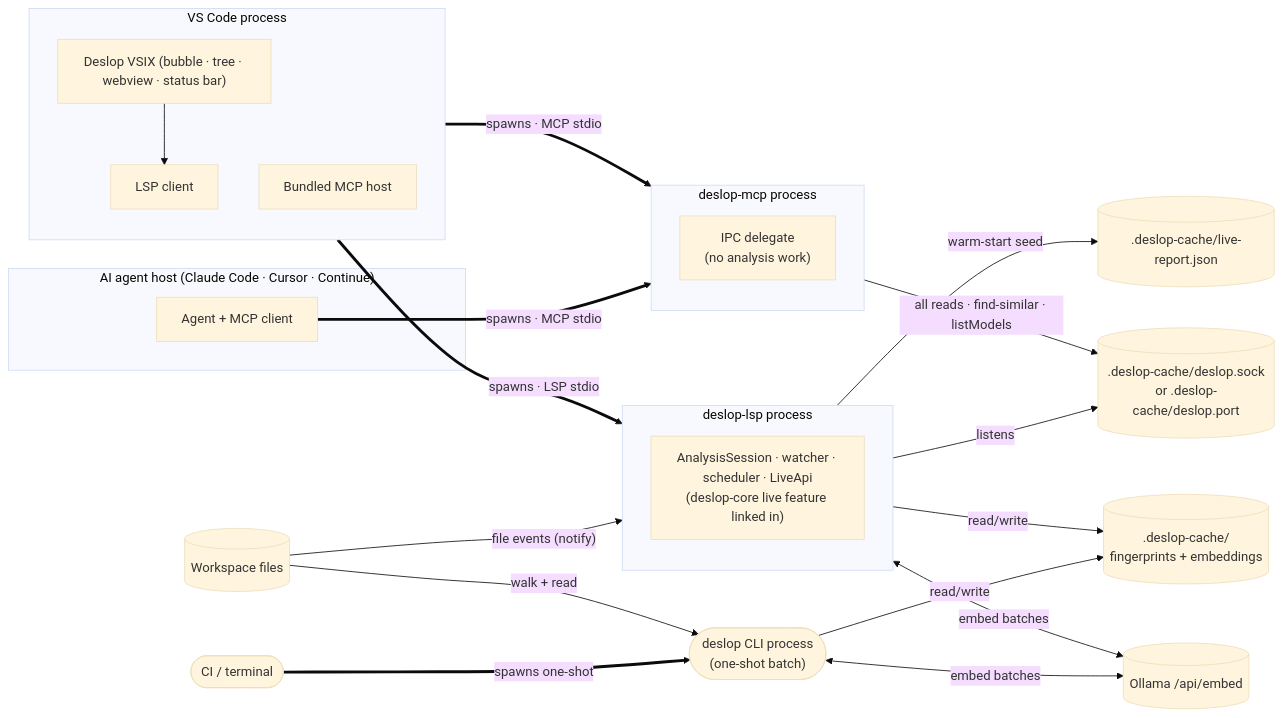
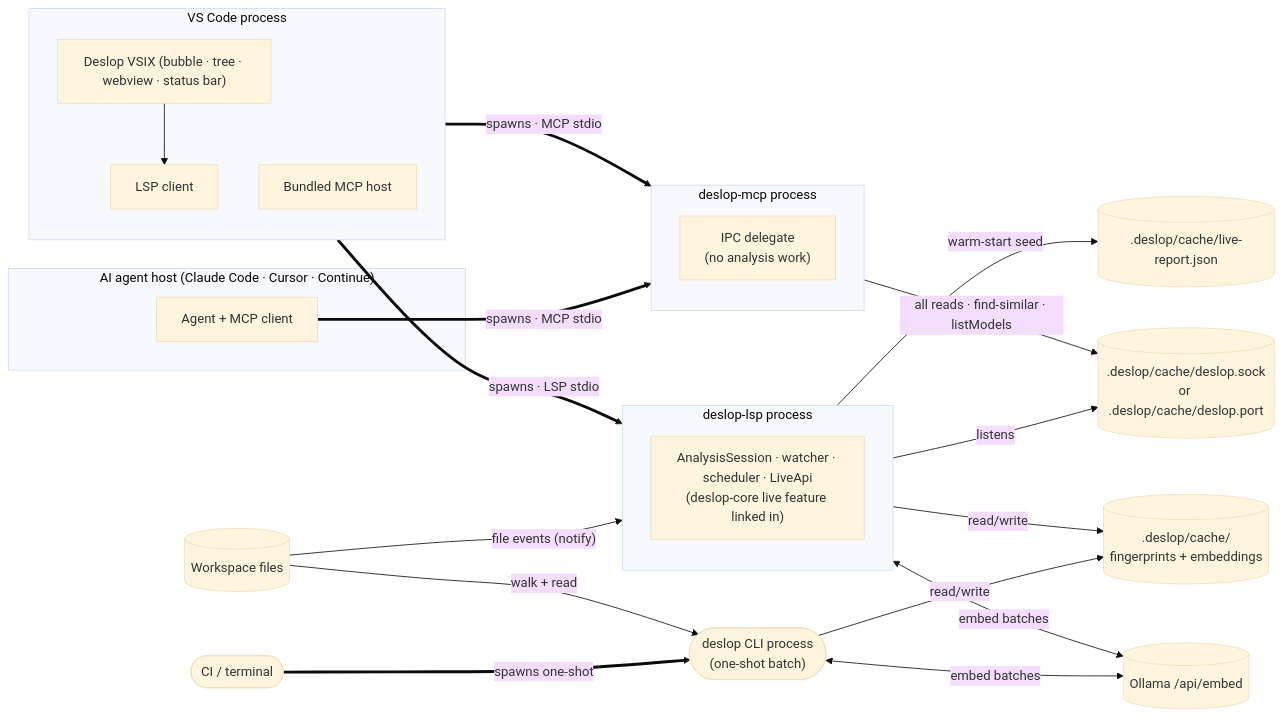
Before and after one commit to Nimblesite/Deslop: the diagram in docs/specs/live.md, drawn with Mermaid (base theme). The commit also changed other lines of this file and 66 other files, not shown here.

````diff
--- a/docs/specs/live.md
+++ b/docs/specs/live.md
@@ -17,50 +17,50 @@
 ```mermaid
 flowchart LR
     CI(["CI / terminal"])
 
     subgraph VSCode["VS Code process"]
         direction TB
         UI["Deslop VSIX (bubble · tree · webview · status bar)"]
         LspClient["LSP client"]
         McpHost["Bundled MCP host"]
         UI --> LspClient
     end
 
     subgraph AgentHost["AI agent host (Claude Code · Cursor · Continue)"]
         Agent["Agent + MCP client"]
     end
 
     subgraph LspProc["deslop-lsp process"]
         LspInner["AnalysisSession · watcher · scheduler · LiveApi\n(deslop-core live feature linked in)"]
     end
 
     subgraph McpProc["deslop-mcp process"]
         McpInner["IPC delegate\n(no analysis work)"]
     end
 
     CliProc(["deslop CLI process\n(one-shot batch)"])
 
-    StateFile[(".deslop-cache/live-report.json")]
-    IpcSocket[(".deslop-cache/deslop.sock\nor .deslop-cache/deslop.port")]
-    DiskCache[(".deslop-cache/\nfingerprints + embeddings")]
+    StateFile[(".deslop/cache/live-report.json")]
+    IpcSocket[(".deslop/cache/deslop.sock\nor .deslop/cache/deslop.port")]
+    DiskCache[(".deslop/cache/\nfingerprints + embeddings")]
     Workspace[(Workspace files)]
     Ollama[(Ollama /api/embed)]
 
     LspClient == "spawns · LSP stdio" ==> LspProc
     McpHost == "spawns · MCP stdio" ==> McpProc
     Agent == "spawns · MCP stdio" ==> McpProc
     CI == "spawns one-shot" ==> CliProc
 
     Workspace -- "file events (notify)" --> LspProc
     Workspace -- "walk + read" --> CliProc
 
     LspProc -- "warm-start seed" --> StateFile
     LspProc -- "read/write" --> DiskCache
     LspProc -- "listens" --> IpcSocket
     LspProc <-- "embed batches" --> Ollama
 
     McpProc -- "all reads · find-similar · listModels" --> IpcSocket
 
     CliProc -- "read/write" --> DiskCache
     CliProc <-- "embed batches" --> Ollama
 ```
````
